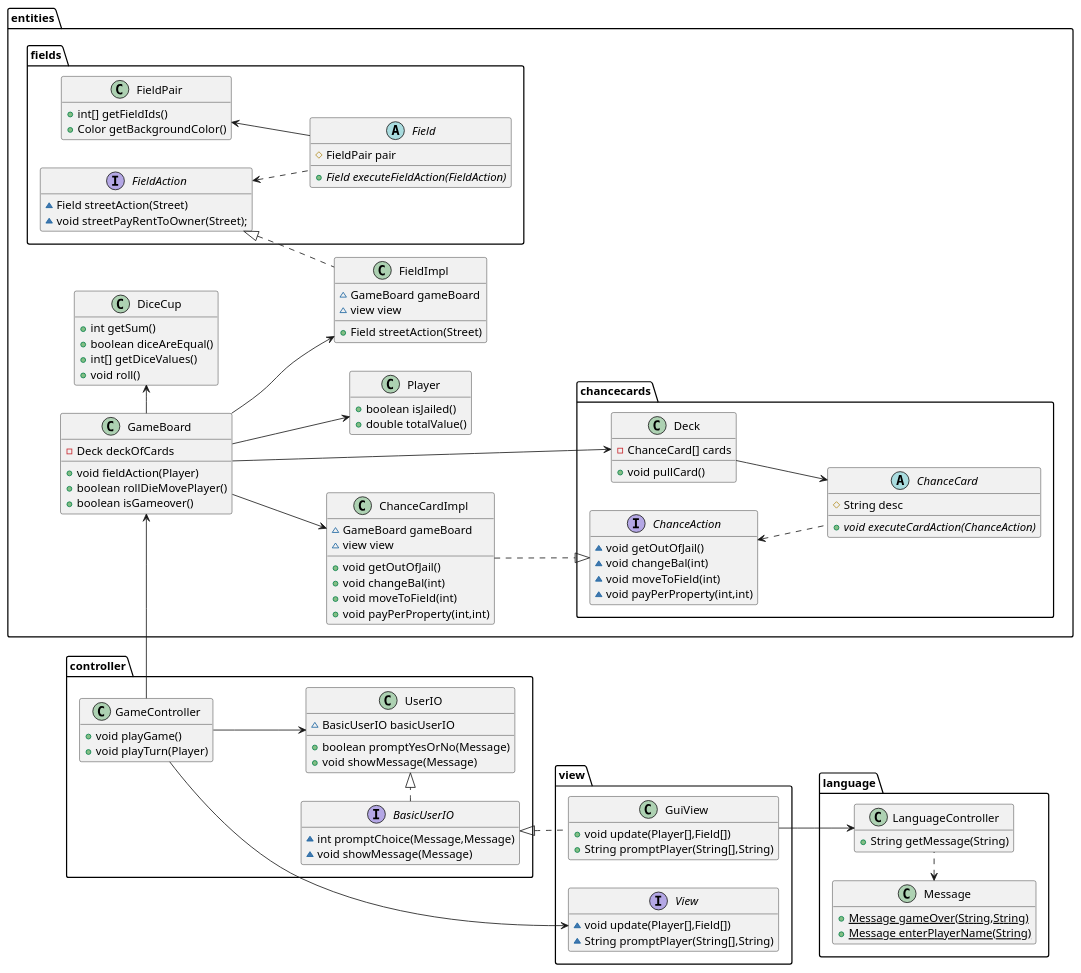
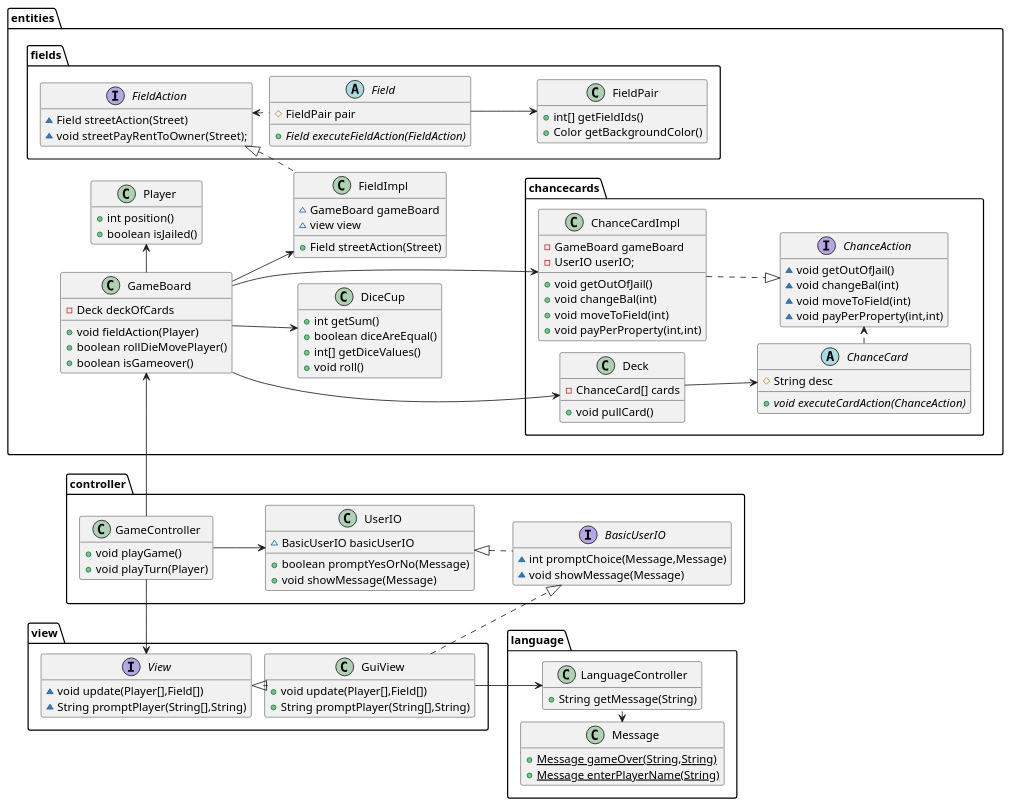
The diagram in diagrams/ClassDiagram2.puml (xdTobs/_22_del3), drawn with PlantUML before and after one commit.

Commit message:
looking good

```diff
--- a/diagrams/ClassDiagram2.puml
+++ b/diagrams/ClassDiagram2.puml
@@ -1,135 +1,139 @@
 @startuml
 hide empty members
 'skinparam linetype ortho
 left to right direction
+skinparam nodesep 15
+skinparam ranksep 15
 
 package entities{
-    class ChanceCardImpl {
-        ~ GameBoard gameBoard
-        ~ view view
-        + void getOutOfJail()
-        + void changeBal(int)
-        + void moveToField(int)
-        + void payPerProperty(int,int)
-    }
+
     class GameBoard {
         - Deck deckOfCards
         + void fieldAction(Player)
         + boolean rollDieMovePlayer()
         + boolean isGameover()
     }
 
     class Player {
+        + int position()
         + boolean isJailed()
-        + double totalValue()
     }
     class DiceCup {
         + int getSum()
         + boolean diceAreEqual()
         + int[] getDiceValues()
         + void roll()
     }
     class FieldImpl {
 	~ GameBoard gameBoard
 	~ view view
 	+ Field streetAction(Street)
     }
 
     package chancecards {
+        class ChanceCardImpl {
+            - GameBoard gameBoard
+            - UserIO userIO;
+            + void getOutOfJail()
+            + void changeBal(int)
+            + void moveToField(int)
+            + void payPerProperty(int,int)
+        }
         class Deck {
             -ChanceCard[] cards
             + void pullCard()
         }
         interface ChanceAction {
             ~ void getOutOfJail()
             ~ void changeBal(int)
             ~ void moveToField(int)
             ~ void payPerProperty(int,int)
         }
         abstract class ChanceCard {
             # String desc
             + {abstract}void executeCardAction(ChanceAction)
         }
     }
     package fields {
          abstract class Field {
             # FieldPair pair
             + {abstract}Field executeFieldAction(FieldAction)
         }
         class FieldPair {
             + int[] getFieldIds()
             + Color getBackgroundColor()
         }
 
         interface FieldAction {
             ~ Field streetAction(Street)
             ~ void streetPayRentToOwner(Street);
         }
     }
 }
 
 
 package language{
     class LanguageController {
         + String getMessage(String)
     }
     class Message {
     + {static} Message gameOver(String,String)
     + {static} Message enterPlayerName(String)
     }
 }
 
 package controller {
     class UserIO {
         ~ BasicUserIO basicUserIO
         + boolean promptYesOrNo(Message)
         + void showMessage(Message)
     }
 
     interface BasicUserIO {
         ~ int promptChoice(Message,Message)
         ~ void showMessage(Message)
     }
 
     class GameController {
         + void playGame()
         + void playTurn(Player)
     }
 }
 package view{
     class GuiView {
         + void update(Player[],Field[])
         + String promptPlayer(String[],String)
     }
 
     interface View {
         ~ void update(Player[],Field[])
         ~ String promptPlayer(String[],String)
     }
 }
 
 
 GameController -> GameBoard
 
 
-GameBoard --> ChanceCardImpl
+GameBoard ---> ChanceCardImpl
 GameBoard --> FieldImpl
 
-GameBoard --> Player
-GameBoard -right-> DiceCup
+GameBoard -right-> Player
+GameBoard --> DiceCup
 GameBoard --> Deck
-GuiView --> LanguageController
+GuiView -down-> LanguageController
 LanguageController .left.> Message
 ChanceCardImpl ..|>ChanceAction
 FieldAction <|.. FieldImpl
-'View <|..GuiView
-BasicUserIO <|..GuiView
-UserIO <|.left.BasicUserIO
+View <|..GuiView
+BasicUserIO <|.left. GuiView
+UserIO <|..BasicUserIO
 GameController -left->View
 FieldAction <..Field
-FieldPair <--Field
+FieldPair <-up-Field
 Deck  -->ChanceCard
 GameController -->UserIO
-ChanceAction <..ChanceCard
+ChanceAction <.left.ChanceCard
+FieldAction -[hidden]left-> Player
 
 @enduml
```
